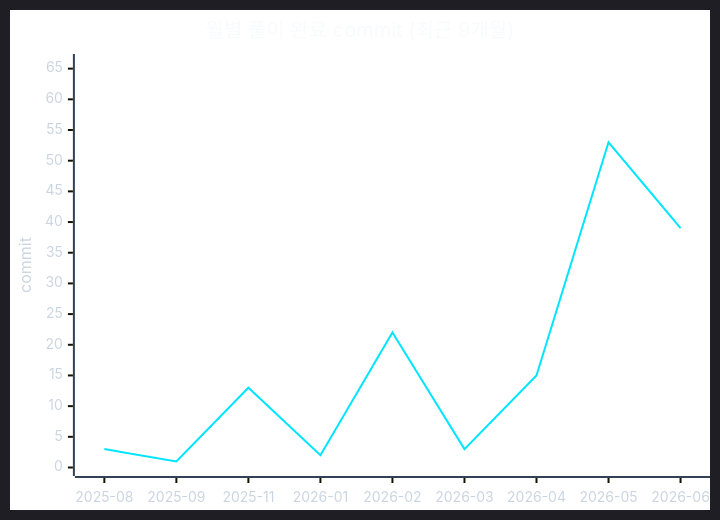
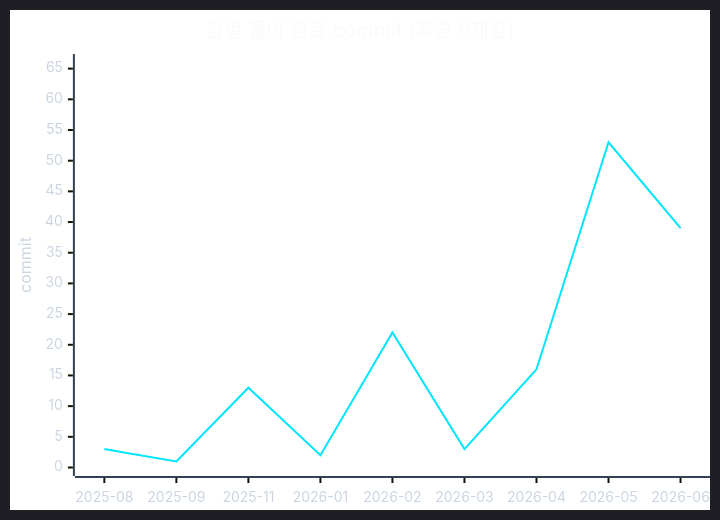
Before and after one commit to CHOOSLA/Algorithm: the second of 2 diagrams in readme.md, drawn with Mermaid. The commit also changed other lines of this file and 2 other files, not shown here.

````diff
--- a/readme.md
+++ b/readme.md
@@ -71,22 +71,22 @@
 ```mermaid
 ---
 config:
   theme: dark
   themeVariables:
     background: '#0d1117'
     xyChart:
       titleColor: '#f8fafc'
       xAxisLabelColor: '#cbd5e1'
       xAxisTitleColor: '#cbd5e1'
       xAxisLineColor: '#334155'
       yAxisLabelColor: '#cbd5e1'
       yAxisTitleColor: '#cbd5e1'
       yAxisLineColor: '#334155'
       plotColorPalette: '#00e5ff'
 ---
 xychart-beta
   title "월별 풀이 완료 commit (최근 9개월)"
   x-axis ["2025-08", "2025-09", "2025-11", "2026-01", "2026-02", "2026-03", "2026-04", "2026-05", "2026-06"]
   y-axis "commit" 0 --> 66
-  line [3, 1, 13, 2, 22, 3, 15, 53, 39]
+  line [3, 1, 13, 2, 22, 3, 16, 53, 39]
 ```
````
